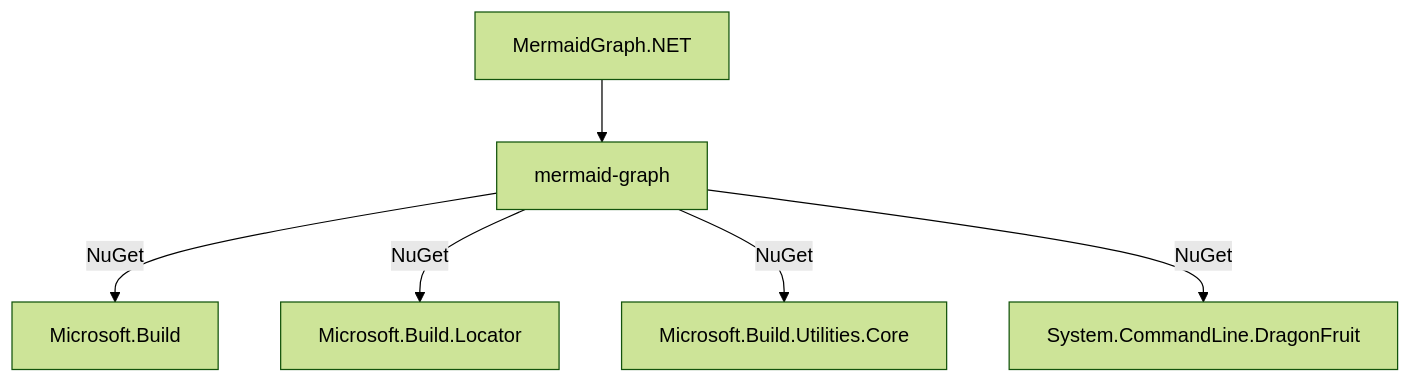
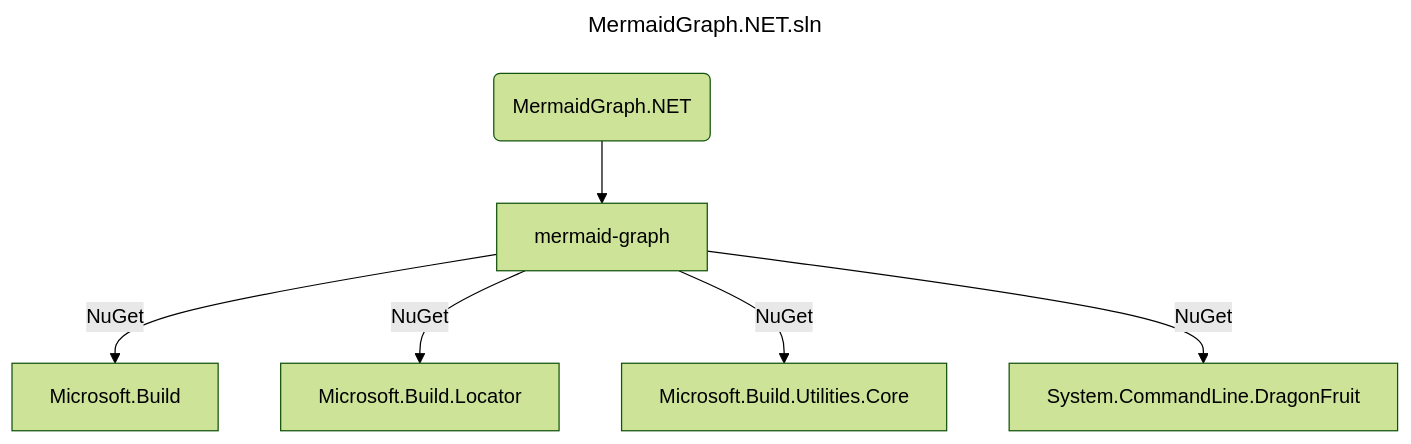
Before and after one commit to A9G-Data-Droid/MermaidGraph.NET: the diagram in MermaidGraph.NET.md, drawn with Mermaid (forest theme). The commit also changed 1 other file, not shown here.

Commit message:
GitHub doesn't support linked markdown
 - Include output in example README

````diff
--- a/MermaidGraph.NET.md
+++ b/MermaidGraph.NET.md
@@ -1,8 +1,11 @@
 ```mermaid
+---
+title: MermaidGraph.NET.sln
+---
 graph TD
-    MermaidGraph.NET --> mermaid-graph
+    s34640832(MermaidGraph.NET) --> mermaid-graph
     mermaid-graph -->|NuGet| Microsoft.Build
     mermaid-graph -->|NuGet| Microsoft.Build.Locator
     mermaid-graph -->|NuGet| Microsoft.Build.Utilities.Core
     mermaid-graph -->|NuGet| System.CommandLine.DragonFruit
 ```
````
